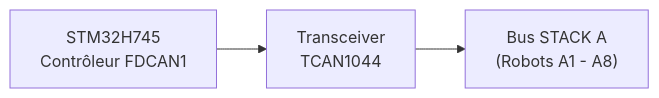
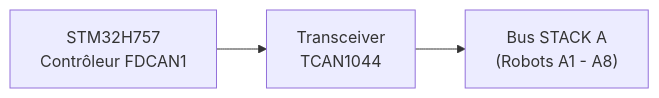
Before and after one commit to JuanenRac/HYDRA-UMC: the first of 2 diagrams in docs/HARDWARE_SPECIFICATION_fra.md, drawn with Mermaid. The commit also changed other lines of this file and 41 other files, not shown here.

````diff
--- a/docs/HARDWARE_SPECIFICATION_fra.md
+++ b/docs/HARDWARE_SPECIFICATION_fra.md
@@ -72,4 +72,4 @@
 ```mermaid
 flowchart LR
-    FDCAN1["STM32H745<br/>Contrôleur FDCAN1"] --> XCVR["Transceiver<br/>TCAN1044"] --> BUS["Bus STACK A<br/>(Robots A1 - A8)"]
+    FDCAN1["STM32H757<br/>Contrôleur FDCAN1"] --> XCVR["Transceiver<br/>TCAN1044"] --> BUS["Bus STACK A<br/>(Robots A1 - A8)"]
 ```
````
